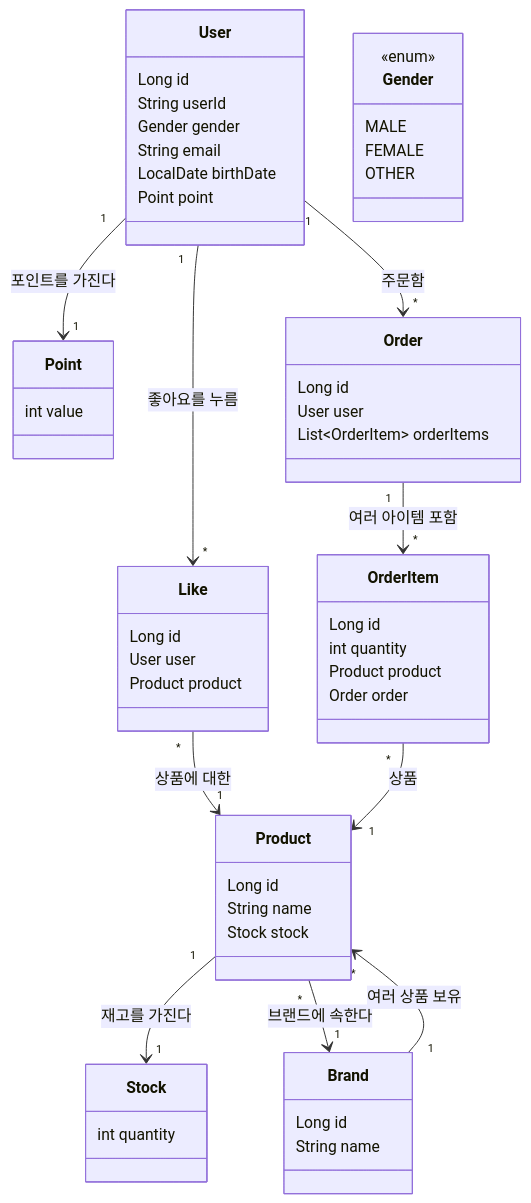
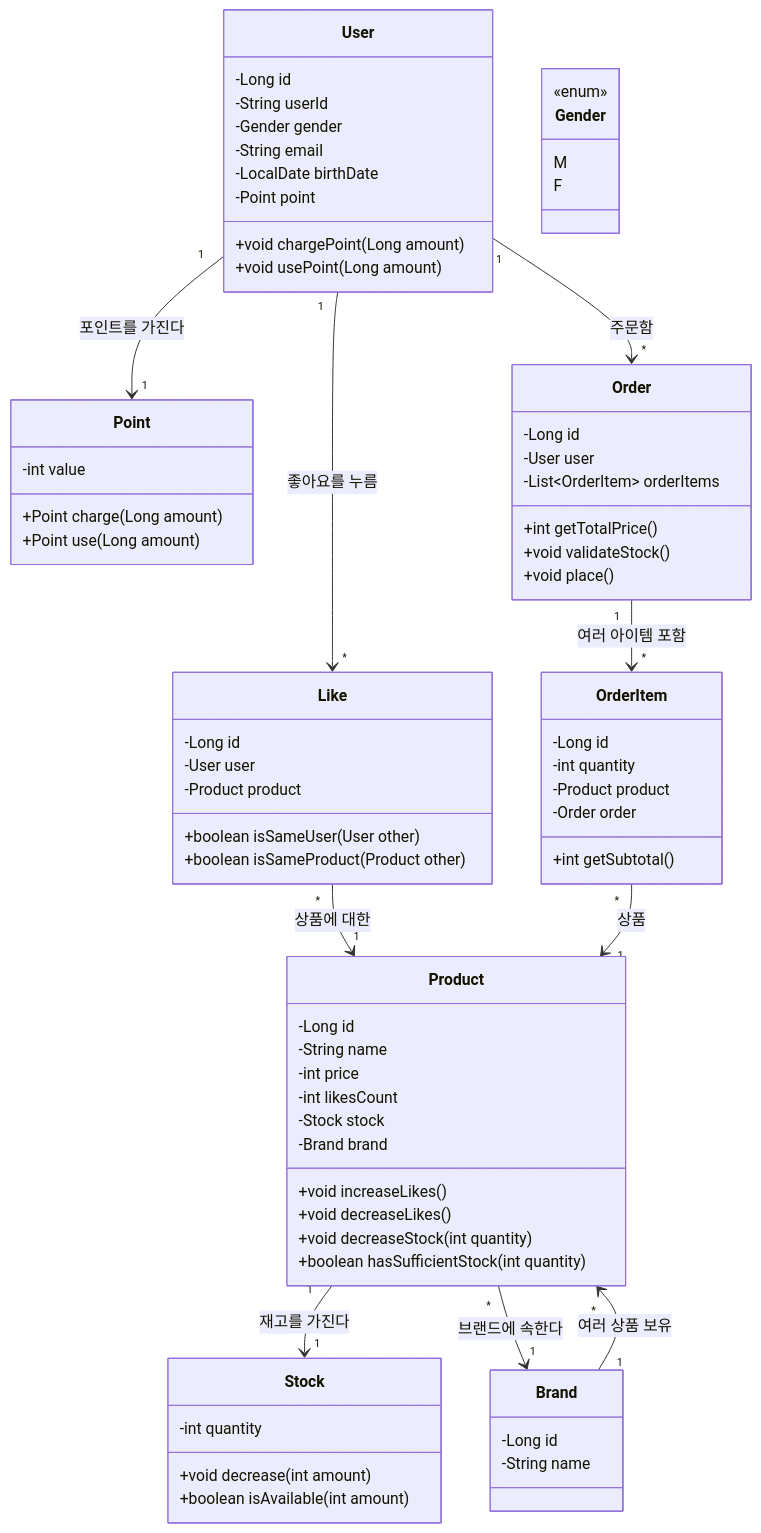
Before and after one commit to kodonghee/loopers-e-commerce: the diagram in docs/design/03-class-diagrams.md, drawn with Mermaid. The commit also changed 92 other files, not shown here.

````diff
--- a/docs/design/03-class-diagrams.md
+++ b/docs/design/03-class-diagrams.md
@@ -4,57 +4,82 @@
 ```mermaid
 classDiagram
 class User {
-        Long id
-        String userId
-        Gender gender
-        String email
-        LocalDate birthDate
-        Point point
+        -Long id
+        -String userId
+        -Gender gender
+        -String email
+        -LocalDate birthDate
+        -Point point
+        
+        +void chargePoint(Long amount)
+        +void usePoint(Long amount)
     }
 
     class Point {
-        int value
+        -int value
+        
+        +Point charge(Long amount)
+        +Point use(Long amount)
     }
 
     class Product {
-        Long id
-        String name
-        Stock stock
+        -Long id
+        -String name
+        -int price
+        -int likesCount
+        -Stock stock
+        -Brand brand
+        
+        +void increaseLikes()
+        +void decreaseLikes()
+        +void decreaseStock(int quantity)
+        +boolean hasSufficientStock(int quantity)
     }
 
     class Stock {
-        int quantity
+        -int quantity
+        
+        +void decrease(int amount)
+        +boolean isAvailable(int amount)
     }
 
     class Brand {
-        Long id
-        String name
+        -Long id
+        -String name
     }
 
     class Like {
-        Long id
-        User user
-        Product product
+        -Long id
+        -User user
+        -Product product
+        
+        +boolean isSameUser(User other)
+        +boolean isSameProduct(Product other)
     }
 
     class Order {
-        Long id
-        User user
-        List~OrderItem~ orderItems
+        -Long id
+        -User user
+        -List~OrderItem~ orderItems
+        
+        +int getTotalPrice()
+        +void validateStock()
+        +void place()
     }
 
     class OrderItem {
-        Long id
-        int quantity
-        Product product
-        Order order
+        -Long id
+        -int quantity
+        -Product product
+        -Order order
+        
+        +int getSubtotal()
     }
 
     class Gender {
         <<enum>>
-        MALE
-        FEMALE
-        OTHER
+        M
+        F
     }
 
     %% 관계 정의
````
